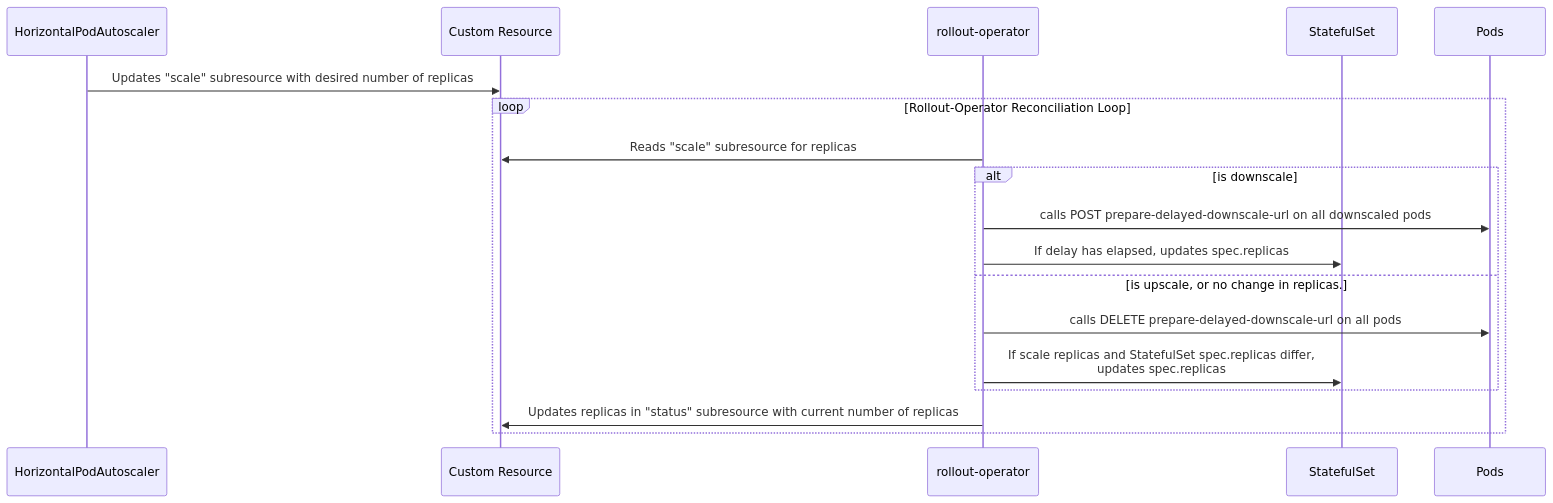
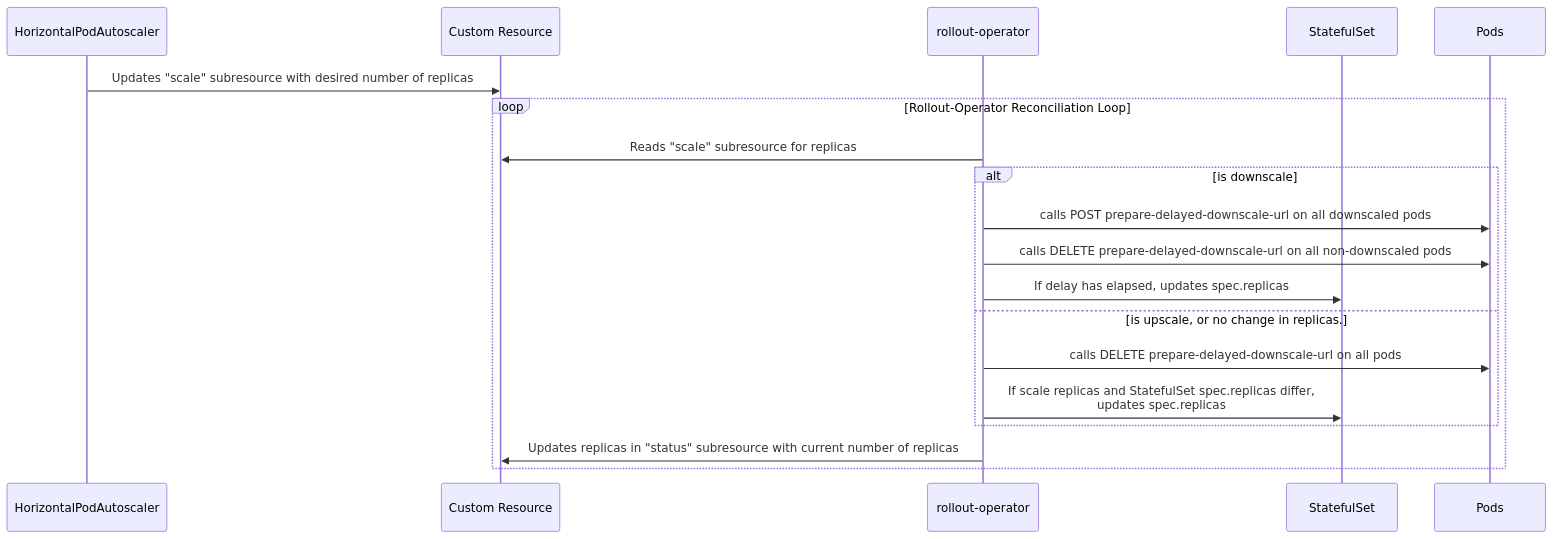
One commit to grafana/rollout-operator changed the second of 2 diagrams in scaling.md. Above: the diagram before and after it, drawn with Mermaid.

````diff
--- a/scaling.md
+++ b/scaling.md
@@ -21,21 +21,22 @@
 ```mermaid
 sequenceDiagram
     participant HPA as HorizontalPodAutoscaler
     participant CS as Custom Resource
     participant RO as rollout-operator
     participant SS as StatefulSet
     participant Pods
     
     HPA->>CS: Updates "scale" subresource with desired number of replicas
     loop Rollout-Operator Reconciliation Loop
         RO->>CS: Reads "scale" subresource for replicas
         alt is downscale
             RO->>Pods: calls POST prepare-delayed-downscale-url on all downscaled pods
+            RO->>Pods: calls DELETE prepare-delayed-downscale-url on all non-downscaled pods
             RO->>SS: If delay has elapsed, updates spec.replicas
         else is upscale, or no change in replicas.
             RO->>Pods: calls DELETE prepare-delayed-downscale-url on all pods
             RO->>SS: If scale replicas and StatefulSet spec.replicas differ,<br />updates spec.replicas
         end
         RO->>CS: Updates replicas in "status" subresource with current number of replicas
     end
 ```
````
